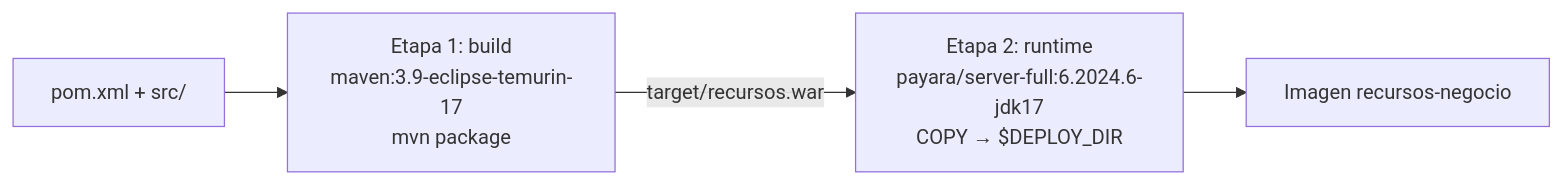
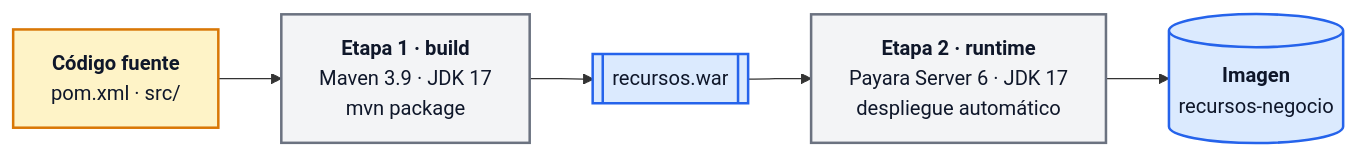
The eighth of 9 diagrams in docs/arquitectura.md (andreMD287/JEE-Negocio), drawn with Mermaid before and after one commit. The commit also changed other lines of this file and 1 other file, not shown here.

First line of the commit message:
Documentación: diagramas rediseñados y redacción formal

````diff
--- a/docs/arquitectura.md
+++ b/docs/arquitectura.md
@@ -363,6 +432,14 @@
 ```mermaid
 flowchart LR
-    SRC["pom.xml + src/"] --> B1["Etapa 1: build<br/>maven:3.9-eclipse-temurin-17<br/>mvn package"]
-    B1 -->|target/recursos.war| B2["Etapa 2: runtime<br/>payara/server-full:6.2024.6-jdk17<br/>COPY → $DEPLOY_DIR"]
-    B2 --> IMG["Imagen recursos-negocio"]
+    classDef src fill:#FEF3C7,stroke:#D97706,stroke-width:2px,color:#0F172A
+    classDef stage fill:#F3F4F6,stroke:#6B7280,stroke-width:2px,color:#0F172A
+    classDef out fill:#DBEAFE,stroke:#2563EB,stroke-width:2px,color:#0F172A
+
+    SRC["<b>Código fuente</b><br/>pom.xml · src/"]:::src
+    B1["<b>Etapa 1 · build</b><br/>Maven 3.9 · JDK 17<br/>mvn package"]:::stage
+    WARF[["recursos.war"]]:::out
+    B2["<b>Etapa 2 · runtime</b><br/>Payara Server 6 · JDK 17<br/>despliegue automático"]:::stage
+    IMG[("<b>Imagen</b><br/>recursos-negocio")]:::out
+
+    SRC --> B1 --> WARF --> B2 --> IMG
 ```
````
